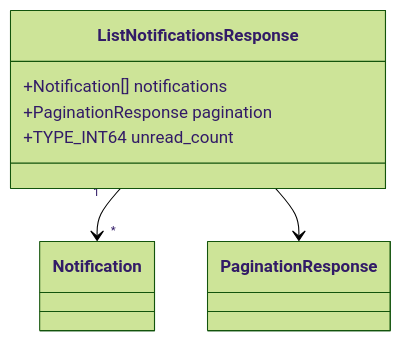
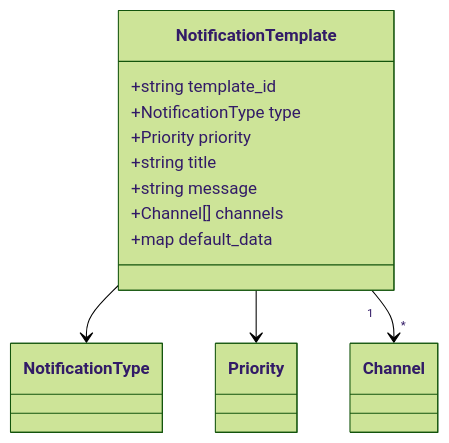
Diagram 15 of 37 in test-monorepo/docs/consolidated/NotificationService.md (kyivinua/root), drawn with Mermaid (forest theme) before and after one commit. The commit also changed other lines of this file and 5 other files, not shown here.

````diff
--- a/test-monorepo/docs/consolidated/NotificationService.md
+++ b/test-monorepo/docs/consolidated/NotificationService.md
@@ -553,10 +731,15 @@
 ```mermaid
 classDiagram
-    class ListNotificationsResponse {
-        +Notification[] notifications
-        +PaginationResponse pagination
-        +TYPE_INT64 unread_count
+    class NotificationTemplate {
+        +string template_id
+        +NotificationType type
+        +Priority priority
+        +string title
+        +string message
+        +Channel[] channels
+        +map<string, string> default_data
     }
-    ListNotificationsResponse "1" --> "*" Notification
-    ListNotificationsResponse --> PaginationResponse
+    NotificationTemplate --> NotificationType
+    NotificationTemplate --> Priority
+    NotificationTemplate "1" --> "*" Channel
 ```
````
